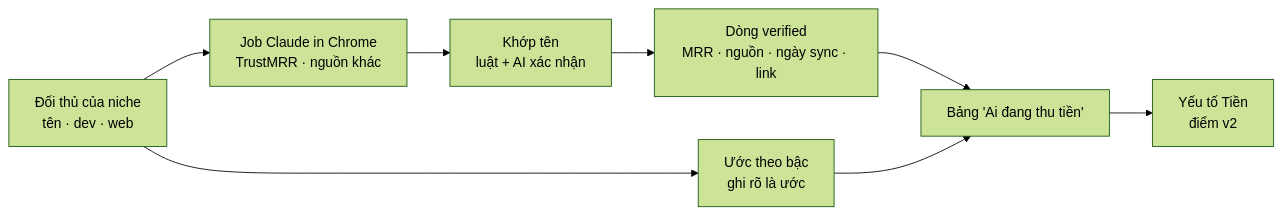
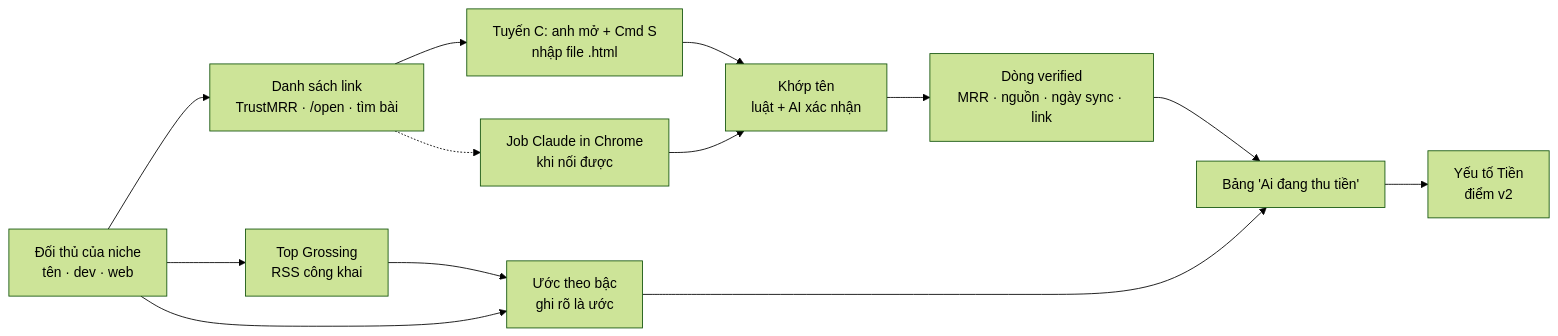
One commit to nvminhtu/niche-radar-docs changed the diagram in docs/web/phase-18-revenue.md. Above: the diagram before and after it, drawn with Mermaid (forest theme). The commit also changed other lines of this file and 22 other files, not shown here.

````diff
--- a/docs/web/phase-18-revenue.md
+++ b/docs/web/phase-18-revenue.md
@@ -18,9 +24,13 @@
 ```mermaid
 flowchart LR
-  O[Đối thủ của niche<br/>tên · dev · web] --> J[Job Claude in Chrome<br/>TrustMRR · nguồn khác]
-  J --> M[Khớp tên<br/>luật + AI xác nhận]
+  O[Đối thủ của niche<br/>tên · dev · web] --> L[Danh sách link<br/>TrustMRR · /open · tìm bài]
+  L --> C[Tuyến C: anh mở + Cmd S<br/>nhập file .html]
+  L -.-> J[Job Claude in Chrome<br/>khi nối được]
+  C & J --> M[Khớp tên<br/>luật + AI xác nhận]
+  O --> G[Top Grossing<br/>RSS công khai]
+  G --> E
   M --> V[Dòng verified<br/>MRR · nguồn · ngày sync · link]
   O --> E[Ước theo bậc<br/>ghi rõ là ước]
   V & E --> B[Bảng 'Ai đang thu tiền']
   B --> S[Yếu tố Tiền<br/>điểm v2]
 ```
````
